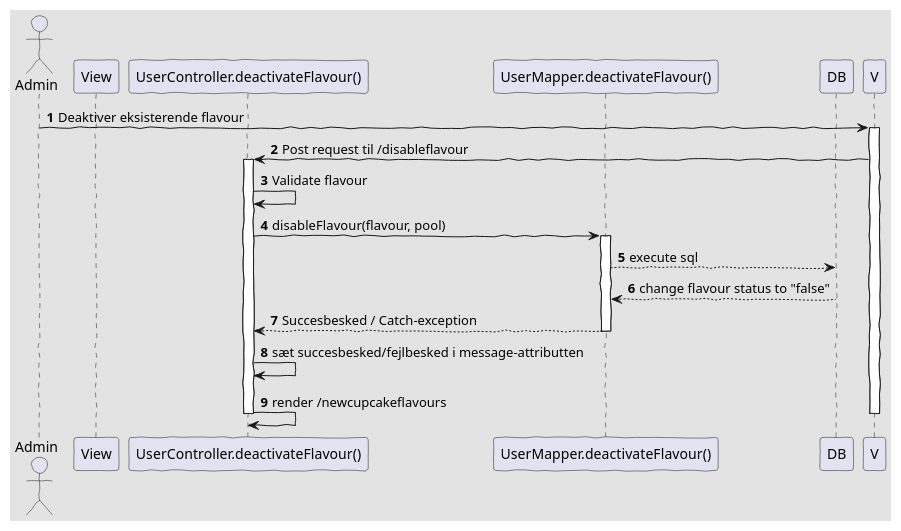
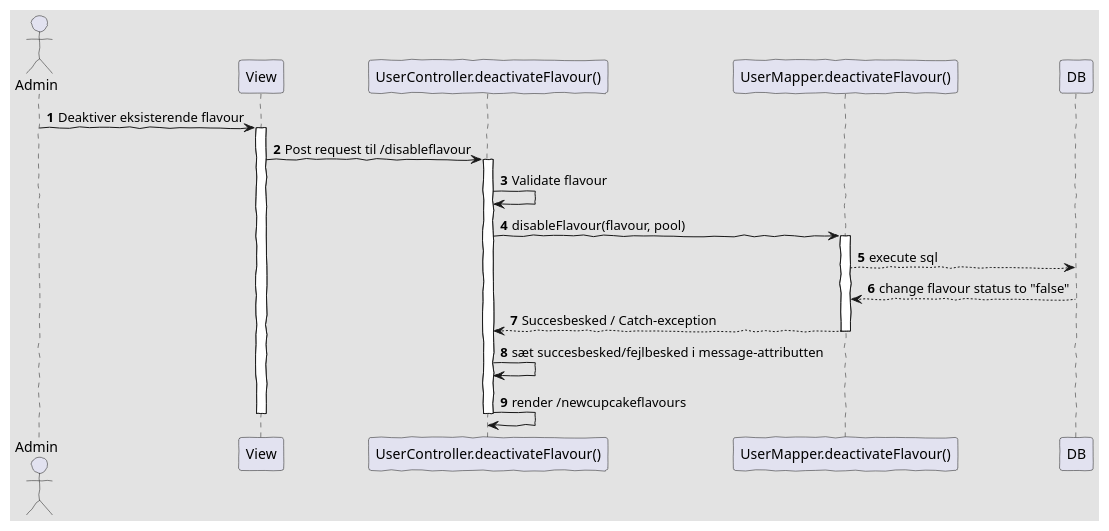
Before and after one commit to AndyTheDragon/Cupcake: the diagram in docs/sequence-us13.puml, drawn with PlantUML.

Commit message:
fixet trykfejl

```diff
--- a/docs/sequence-us13.puml
+++ b/docs/sequence-us13.puml
@@ -1,35 +1,35 @@
 @startuml
 'https://plantuml.com/sequence-diagram
 
 autonumber
 
 skinparam backgroundColor #e3e3e3
 skinparam handwritten true
 
 actor Admin
-participant View as View
+participant View as V
 participant "UserController.deactivateFlavour()" as C
 participant "UserMapper.deactivateFlavour()" as M
 participant DB
 
 Admin -> V: Deaktiver eksisterende flavour
 activate V
 
 V -> C: Post request til /disableflavour
 activate C
 
 C -> C: Validate flavour
 C -> M: disableFlavour(flavour, pool)
 activate M
 
 M --> DB: execute sql
 DB --> M: change flavour status to "false"
 M --> C: Succesbesked / Catch-exception
 deactivate M
 C -> C: sæt succesbesked/fejlbesked i message-attributten
 C -> C: render /newcupcakeflavours
 deactivate C
 
 deactivate V
 
 @enduml
```
